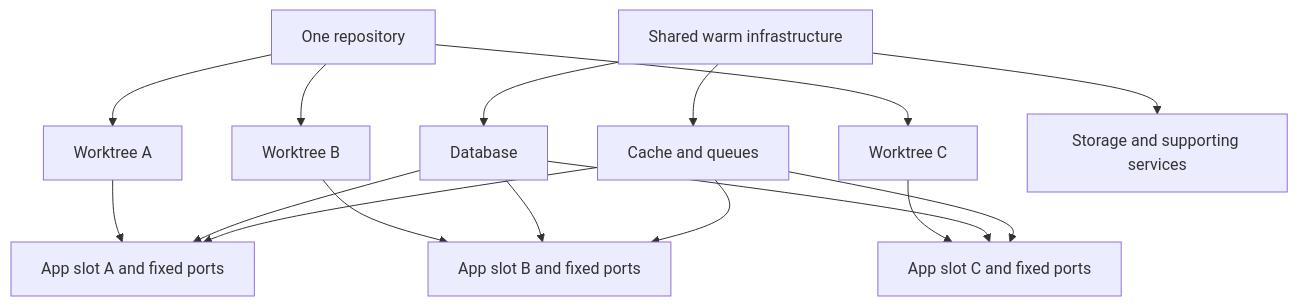
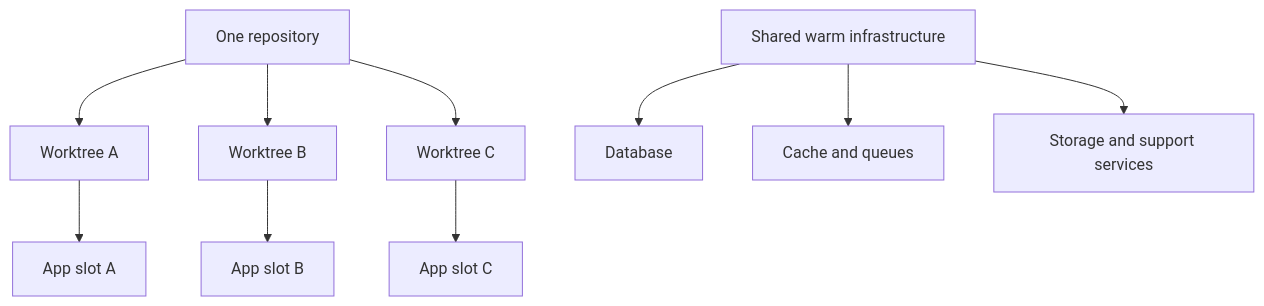
One commit to sabirmgd/terminal-first-goal-loop changed the fifth of 10 diagrams in docs/playbooks.md. Above: the diagram before and after it, drawn with Mermaid. The commit also changed other lines of this file and 33 other files, not shown here.

````diff
--- a/docs/playbooks.md
+++ b/docs/playbooks.md
@@ -67,21 +83,14 @@
 ```mermaid
 flowchart TB
     R["One repository"] --> WA["Worktree A"]
     R --> WB["Worktree B"]
     R --> WC["Worktree C"]
 
     I["Shared warm infrastructure"] --> IA["Database"]
     I --> IB["Cache and queues"]
-    I --> IC["Storage and supporting services"]
+    I --> IC["Storage and support services"]
 
-    WA --> SA["App slot A and fixed ports"]
-    WB --> SB["App slot B and fixed ports"]
-    WC --> SC["App slot C and fixed ports"]
-
-    IA --> SA
-    IA --> SB
-    IA --> SC
-    IB --> SA
-    IB --> SB
-    IB --> SC
+    WA --> SA["App slot A"]
+    WB --> SB["App slot B"]
+    WC --> SC["App slot C"]
 ```
````
